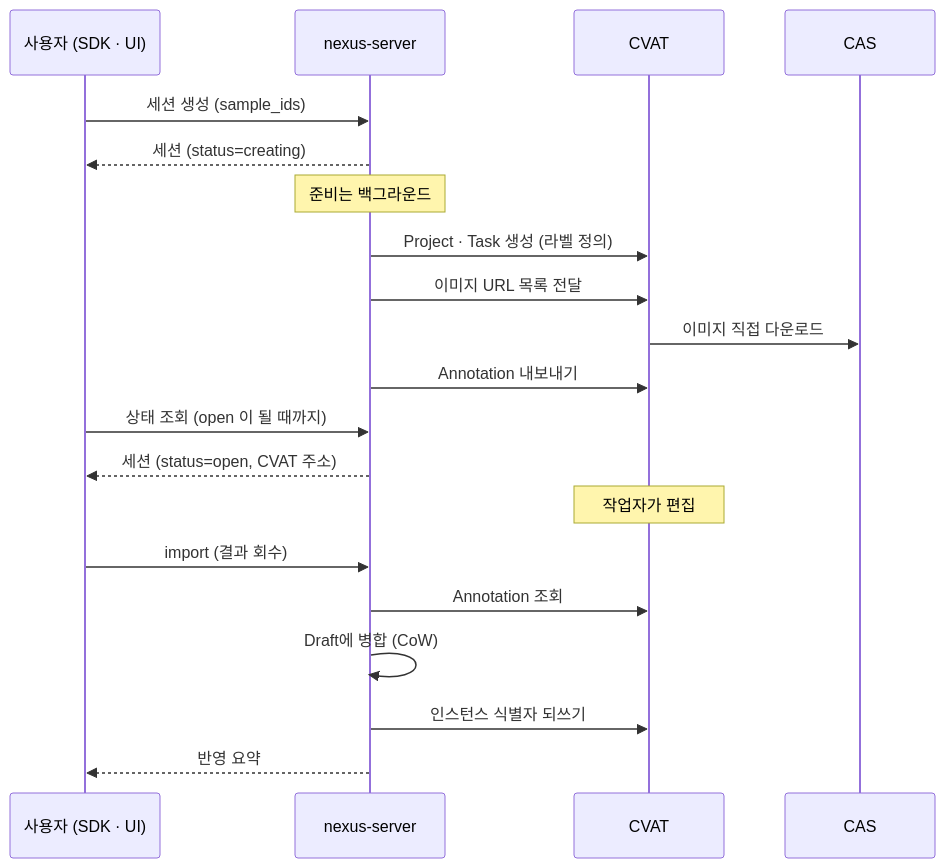
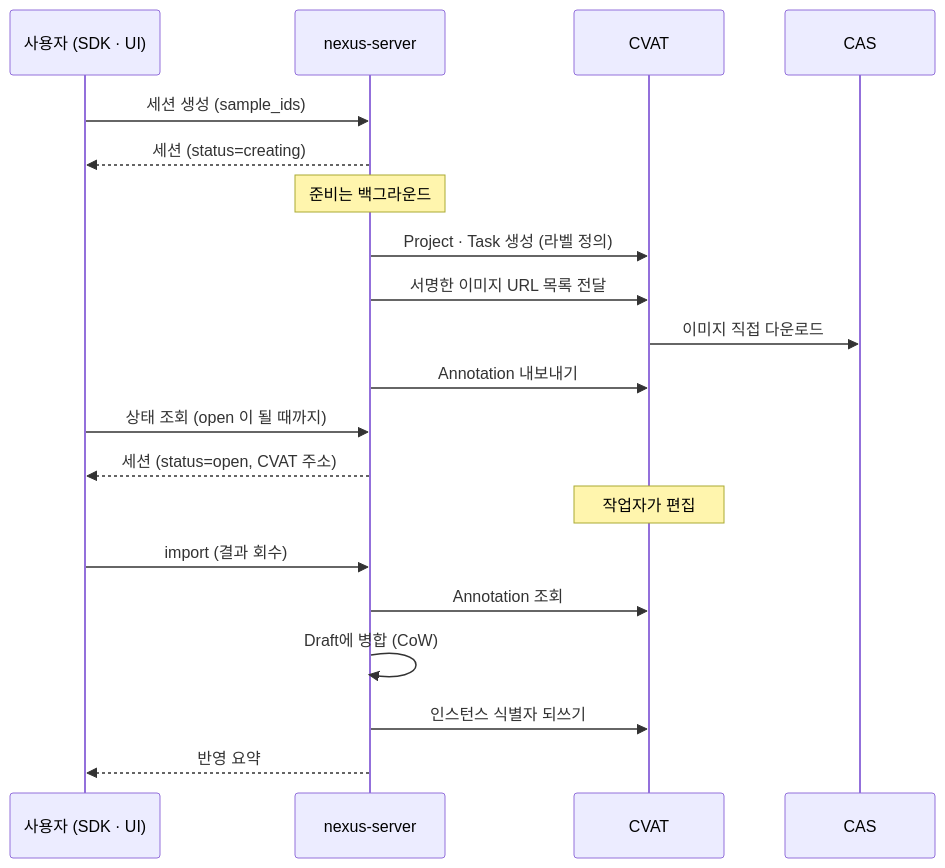
One commit to int2nexus/cas-server changed the fifth of 8 diagrams in charts/nexus-server/docs/architecture.md. Above: the diagram before and after it, drawn with Mermaid. The commit also changed other lines of this file and 8 other files, not shown here.

````diff
--- a/charts/nexus-server/docs/architecture.md
+++ b/charts/nexus-server/docs/architecture.md
@@ -295,25 +295,25 @@
 ```mermaid
 sequenceDiagram
     participant U as 사용자 (SDK · UI)
     participant NX as nexus-server
     participant CV as CVAT
     participant CAS as CAS
 
     U->>NX: 세션 생성 (sample_ids)
     NX-->>U: 세션 (status=creating)
     Note over NX: 준비는 백그라운드
     NX->>CV: Project · Task 생성 (라벨 정의)
-    NX->>CV: 이미지 URL 목록 전달
+    NX->>CV: 서명한 이미지 URL 목록 전달
     CV->>CAS: 이미지 직접 다운로드
     NX->>CV: Annotation 내보내기
     U->>NX: 상태 조회 (open 이 될 때까지)
     NX-->>U: 세션 (status=open, CVAT 주소)
 
     Note over CV: 작업자가 편집
 
     U->>NX: import (결과 회수)
     NX->>CV: Annotation 조회
     NX->>NX: Draft에 병합 (CoW)
     NX->>CV: 인스턴스 식별자 되쓰기
     NX-->>U: 반영 요약
 ```
````
